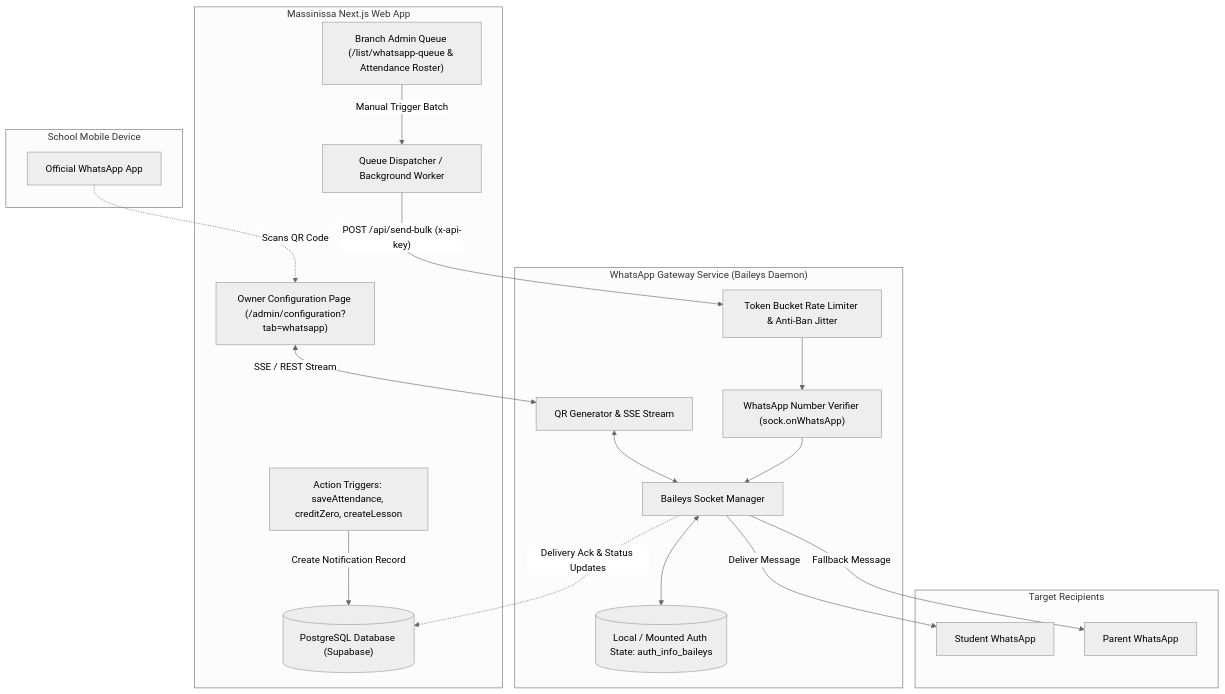
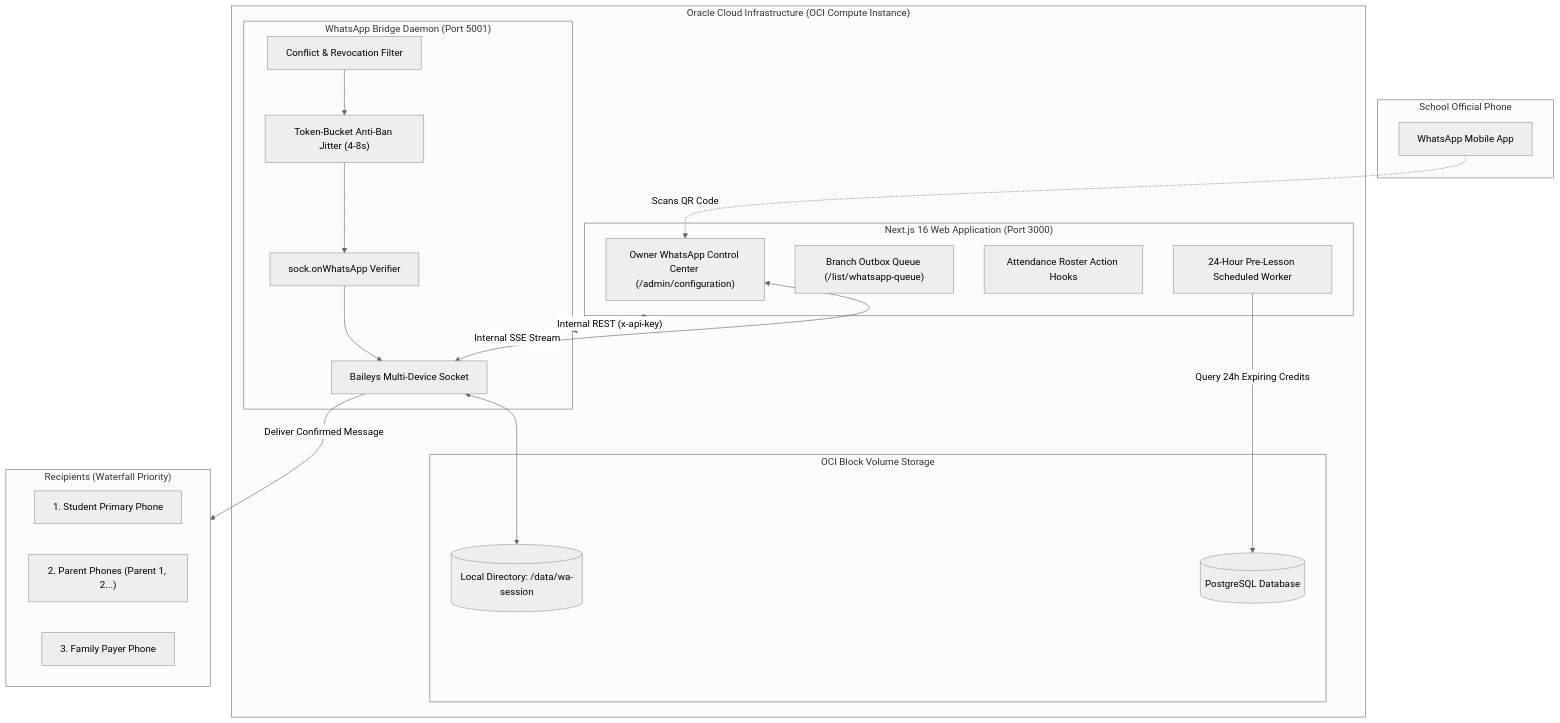
The first of 3 diagrams in docs/WHATSAPP_INTEGRATION_PLAN.md (wassim-py/massinissa-soft), drawn with Mermaid (neutral theme) before and after one commit. The commit also changed other lines of this file and 31 other files, not shown here.

````diff
--- a/docs/WHATSAPP_INTEGRATION_PLAN.md
+++ b/docs/WHATSAPP_INTEGRATION_PLAN.md
@@ -104,41 +101,44 @@
 ```mermaid
 flowchart TD
-    subgraph OwnerDevice["School Mobile Device"]
-        WA["Official WhatsApp App"]
+    subgraph OwnerDevice["School Official Phone"]
+        WA["WhatsApp Mobile App"]
     end
 
-    subgraph SchoolApp["Massinissa Next.js Web App"]
-        OwnerUI["Owner Configuration Page (/admin/configuration?tab=whatsapp)"]
-        AdminUI["Branch Admin Queue (/list/whatsapp-queue & Attendance Roster)"]
-        PrismaDB[("PostgreSQL Database (Supabase)")]
-        ActionHooks["Action Triggers: saveAttendance, creditZero, createLesson"]
-        Dispatcher["Queue Dispatcher / Background Worker"]
+    subgraph OCI_Host["Oracle Cloud Infrastructure (OCI Compute Instance)"]
+        subgraph NextApp["Next.js 16 Web Application (Port 3000)"]
+            OwnerUI["Owner WhatsApp Control Center (/admin/configuration)"]
+            AdminUI["Branch Outbox Queue (/list/whatsapp-queue)"]
+            AttendanceHook["Attendance Roster Action Hooks"]
+            CronWorker["24-Hour Pre-Lesson Scheduled Worker"]
+        end
+
+        subgraph WAGateway["WhatsApp Bridge Daemon (Port 5001)"]
+            BaileysEngine["Baileys Multi-Device Socket"]
+            RateLimiter["Token-Bucket Anti-Ban Jitter (4-8s)"]
+            NumberVerifier["sock.onWhatsApp Verifier"]
+            ConflictEngine["Conflict & Revocation Filter"]
+        end
+
+        subgraph Storage["OCI Block Volume Storage"]
+            PrismaDB[("PostgreSQL Database")]
+            AuthStore[("Local Directory: /data/wa-session")]
+        end
     end
 
-    subgraph WAGateway["WhatsApp Gateway Service (Baileys Daemon)"]
-        SocketEngine["Baileys Socket Manager"]
-        AuthState[("Local / Mounted Auth State: auth_info_baileys")]
-        QRGen["QR Generator & SSE Stream"]
-        RateLimiter["Token Bucket Rate Limiter & Anti-Ban Jitter"]
-        Verifier["WhatsApp Number Verifier (sock.onWhatsApp)"]
-    end
-
-    subgraph Recipients["Target Recipients"]
-        StudentWA["Student WhatsApp"]
-        ParentWA["Parent WhatsApp"]
+    subgraph Target["Recipients (Waterfall Priority)"]
+        StudentPhone["1. Student Primary Phone"]
+        ParentPhone["2. Parent Phones (Parent 1, 2...)"]
+        FamilyPayer["3. Family Payer Phone"]
     end
 
     WA -.->|"Scans QR Code"| OwnerUI
-    OwnerUI <-->|"SSE / REST Stream"| QRGen
-    QRGen <--> SocketEngine
-    SocketEngine <--> AuthState
+    OwnerUI <-->|"Internal SSE Stream"| BaileysEngine
+    BaileysEngine <--> AuthStore
+    NextApp <-->|"Internal REST (x-api-key)"| WAGateway
+    CronWorker -->|"Query 24h Expiring Credits"| PrismaDB
 
-    ActionHooks -->|"Create Notification Record"| PrismaDB
-    AdminUI -->|"Manual Trigger Batch"| Dispatcher
-    Dispatcher -->|"POST /api/send-bulk (x-api-key)"| RateLimiter
-    RateLimiter --> Verifier
-    Verifier --> SocketEngine
-    SocketEngine -->|"Deliver Message"| StudentWA
-    SocketEngine -->|"Fallback Message"| ParentWA
-    SocketEngine -.->|"Delivery Ack & Status Updates"| PrismaDB
+    ConflictEngine --> RateLimiter
+    RateLimiter --> NumberVerifier
+    NumberVerifier --> BaileysEngine
+    BaileysEngine -->|"Deliver Confirmed Message"| Target
 ```
````
